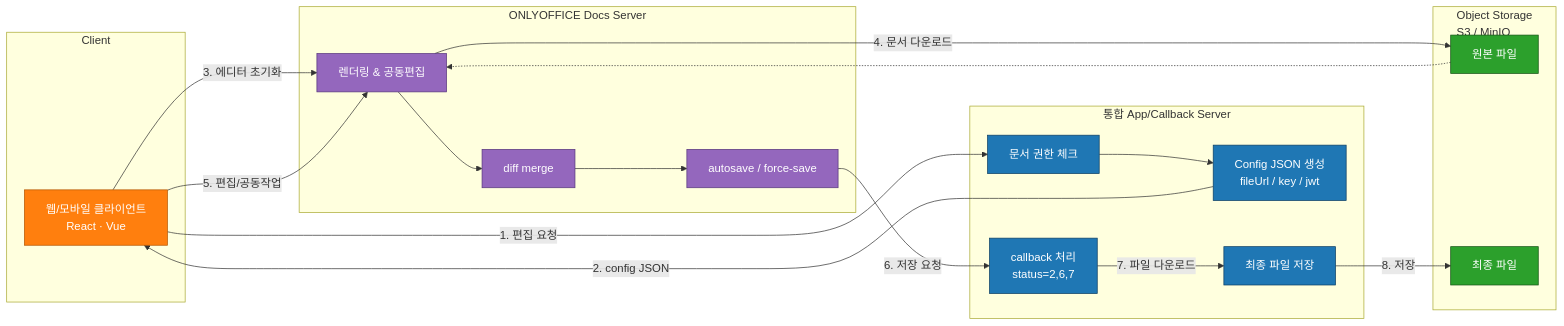
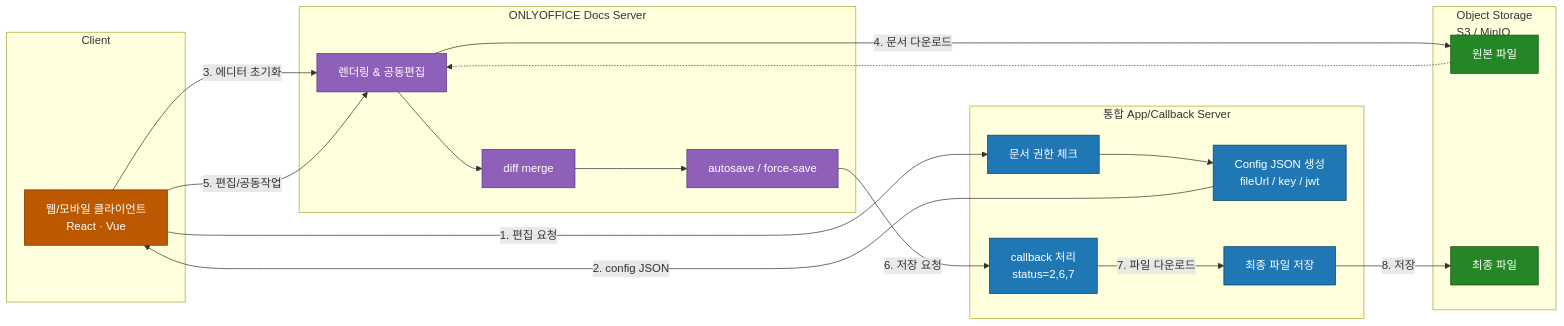
Before and after one commit to taez224/obsidian: the diagram in 20_Projects/blog/ONLYOFFICE 01 - 그냥 문서 편집기인 줄 알았는데.md, drawn with Mermaid. The commit also changed 1 other file, not shown here.

Commit message:
fix(blog): ONLYOFFICE 글 다이어그램의 흰 글자 대비 보정
client·storage·onlyoffice 노드의 흰 글자 대비가 2.53~4.26:1로 4.5:1에 못 미쳐
색상은 유지하고 채움색 명도만 낮췄다. client는 테두리가 채움색과 같아져 함께 어둡게 했다.

ONLYOFFICE 3편의 건너뛴 제목 단계 보정 - h2 바로 아래에 온 h4 11개를 h3로 올렸다.

````diff
--- a/20_Projects/blog/ONLYOFFICE 01 - 그냥 문서 편집기인 줄 알았는데.md
+++ b/20_Projects/blog/ONLYOFFICE 01 - 그냥 문서 편집기인 줄 알았는데.md
@@ -185,48 +185,48 @@
 ```mermaid
 flowchart LR
     classDef server fill:#1f77b4,stroke:#0b3d62,stroke-width:1px,color:white;
-    classDef storage fill:#2ca02c,stroke:#145214,stroke-width:1px,color:white;
-    classDef client fill:#ff7f0e,stroke:#b35500,stroke-width:1px,color:white;
-    classDef onlyoffice fill:#9467bd,stroke:#56357c,stroke-width:1px,color:white;
+    classDef storage fill:#258625,stroke:#145214,stroke-width:1px,color:white;
+    classDef client fill:#bb5800,stroke:#733800,stroke-width:1px,color:white;
+    classDef onlyoffice fill:#8f60ba,stroke:#56357c,stroke-width:1px,color:white;
 
     subgraph C1[Client]
         A1[웹/모바일 클라이언트<br/>React · Vue]
     end
     class A1 client;
 
     subgraph S1[통합 App/Callback Server]
         B1[문서 권한 체크]
         B2[Config JSON 생성<br/>fileUrl / key / jwt]
         B3[callback 처리<br/>status=2,6,7]
         B4[최종 파일 저장]
     end
     class B1,B2,B3,B4 server;
 
     subgraph OO1[ONLYOFFICE Docs Server]
         C2[렌더링 & 공동편집]
         C3[diff merge]
         C4[autosave / force-save]
     end
     class C2,C3,C4 onlyoffice;
 
     subgraph ST1[Object Storage<br/>S3 / MinIO]
         E1[원본 파일]
         E2[최종 파일]
     end
     class E1,E2 storage;
 
     A1 -->|1. 편집 요청| B1
     B1 --> B2
     B2 -->|2. config JSON| A1
 
     A1 -->|3. 에디터 초기화| C2
     C2 -->|4. 문서 다운로드| E1
     E1 -.-> C2
 
     A1 -->|5. 편집/공동작업| C2
 
     C2 --> C3 --> C4
     C4 -->|6. 저장 요청| B3
     B3 -->|7. 파일 다운로드| B4
     B4 -->|8. 저장| E2
 ```
````
